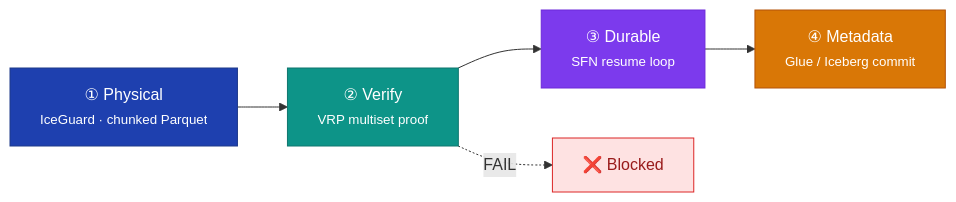
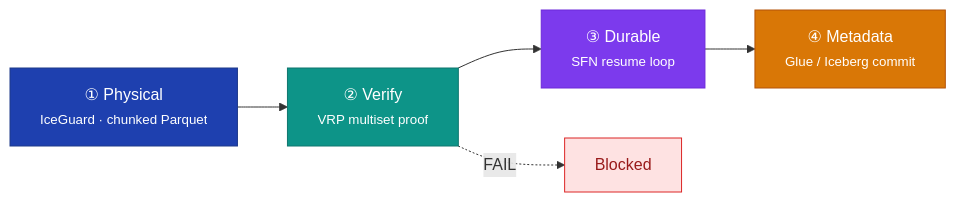
The first of 6 diagrams in docs/vaquar-pattern.md (vaquarkhan/CogniMesh), drawn with Mermaid before and after one commit. The commit also changed 48 other files, not shown here.

````diff
--- a/docs/vaquar-pattern.md
+++ b/docs/vaquar-pattern.md
@@ -64,21 +64,21 @@
 ```mermaid
 flowchart LR
     classDef physical fill:#1e40af,stroke:#1e3a8a,color:#fff
     classDef verify fill:#0d9488,stroke:#0f766e,color:#fff
     classDef durable fill:#7c3aed,stroke:#6d28d9,color:#fff
     classDef metadata fill:#d97706,stroke:#b45309,color:#fff
 
     P["① Physical<br/><small>IceGuard · chunked Parquet</small>"]
     V["② Verify<br/><small>VRP multiset proof</small>"]
     D["③ Durable<br/><small>SFN resume loop</small>"]
     M["④ Metadata<br/><small>Glue / Iceberg commit</small>"]
 
     P --> V --> D --> M
-    V -.->|FAIL| X["❌ Blocked"]
+    V -.->|FAIL| X["Blocked"]
 
     class P physical
     class V verify
     class D durable
     class M metadata
     style X fill:#fee2e2,stroke:#dc2626,color:#991b1b
 ```
````
